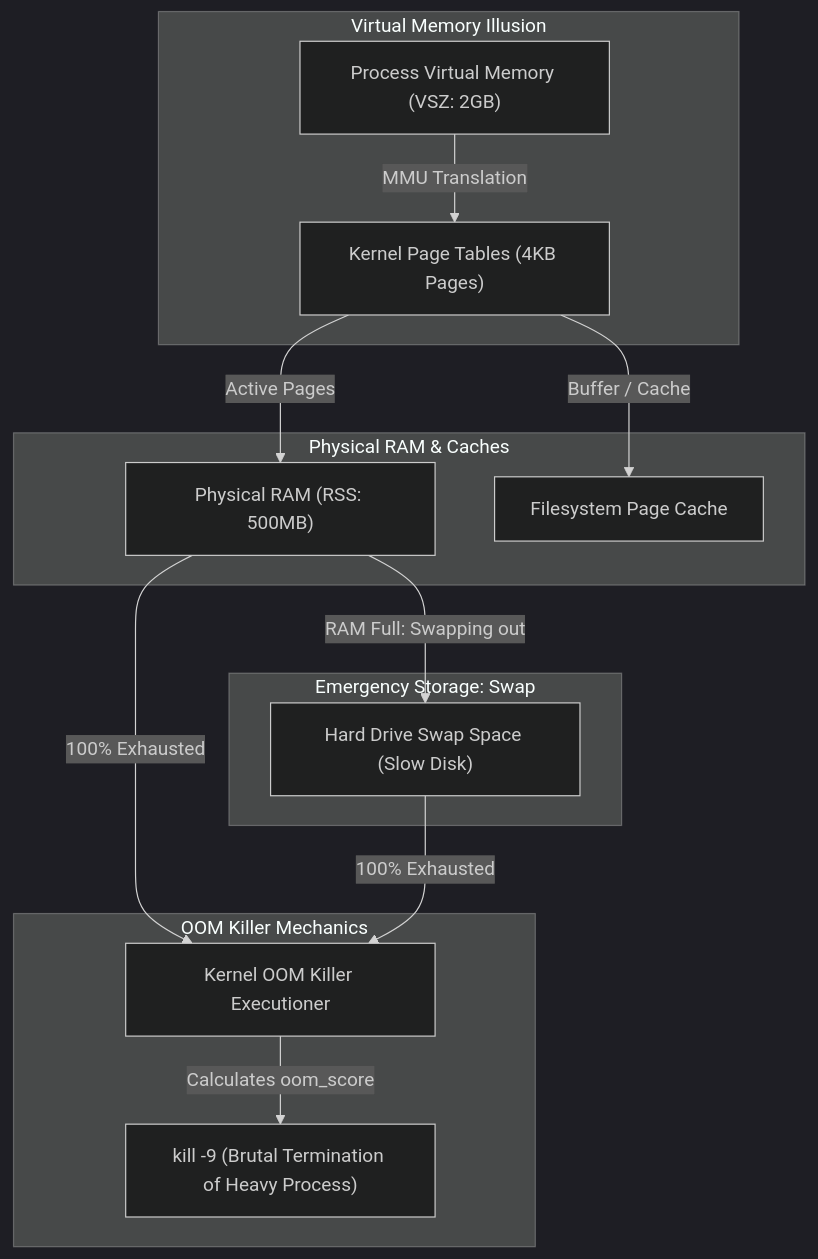
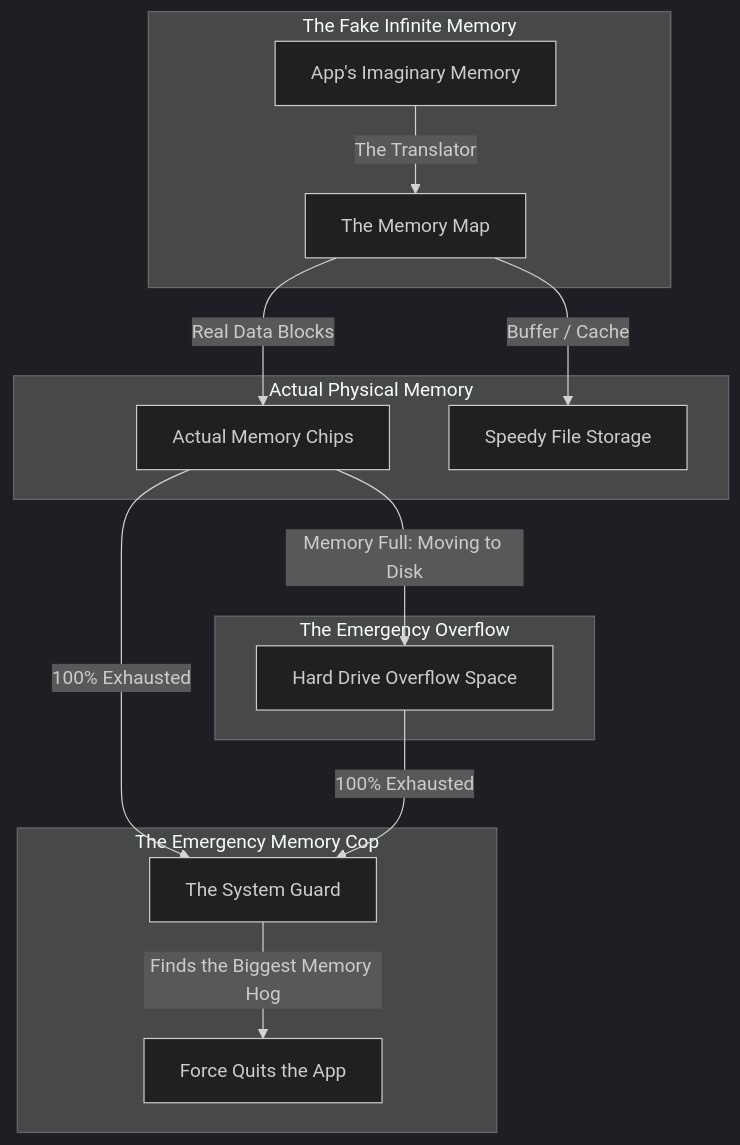
Before and after one commit to aloysiuspattath/platform-engineering-ai-course: the diagram in website/pages/modules/module-03/lesson-03.md, drawn with Mermaid (dark theme). The commit also changed other lines of this file and 56 other files, not shown here.

Commit message:
refactor: simplify all architecture diagrams and explanations to layman's terms via AI subagent swarm

````diff
--- a/website/pages/modules/module-03/lesson-03.md
+++ b/website/pages/modules/module-03/lesson-03.md
@@ -90,21 +90,21 @@
 ```mermaid
 flowchart TD
-    subgraph VirtualLayer [Virtual Memory Illusion]
-        APP["Process Virtual Memory (VSZ: 2GB)"] -->|MMU Translation| PT["Kernel Page Tables (4KB Pages)"]
+    subgraph VirtualLayer [The Fake Infinite Memory]
+        APP["App's Imaginary Memory"] -->|The Translator| PT["The Memory Map"]
     end
 
-    subgraph PhysicalLayer [Physical RAM & Caches]
-        PT -->|Active Pages| RAM["Physical RAM (RSS: 500MB)"]
-        PT -->|Buffer / Cache| CACHE["Filesystem Page Cache"]
+    subgraph PhysicalLayer [Actual Physical Memory]
+        PT -->|Real Data Blocks| RAM["Actual Memory Chips"]
+        PT -->|Buffer / Cache| CACHE["Speedy File Storage"]
     end
 
-    subgraph EmergencyDisk [Emergency Storage: Swap]
-        RAM -->|RAM Full: Swapping out| SWAP["Hard Drive Swap Space (Slow Disk)"]
+    subgraph EmergencyDisk [The Emergency Overflow]
+        RAM -->|Memory Full: Moving to Disk| SWAP["Hard Drive Overflow Space"]
     end
 
-    subgraph KernelDefense [OOM Killer Mechanics]
-        RAM -->|100% Exhausted| OOM["Kernel OOM Killer Executioner"]
+    subgraph KernelDefense [The Emergency Memory Cop]
+        RAM -->|100% Exhausted| OOM["The System Guard"]
         SWAP -->|100% Exhausted| OOM
-        OOM -->|Calculates oom_score | SIGKILL["kill -9 (Brutal Termination of Heavy Process)"]
+        OOM -->|Finds the Biggest Memory Hog| SIGKILL["Force Quits the App"]
     end
 ```
````
